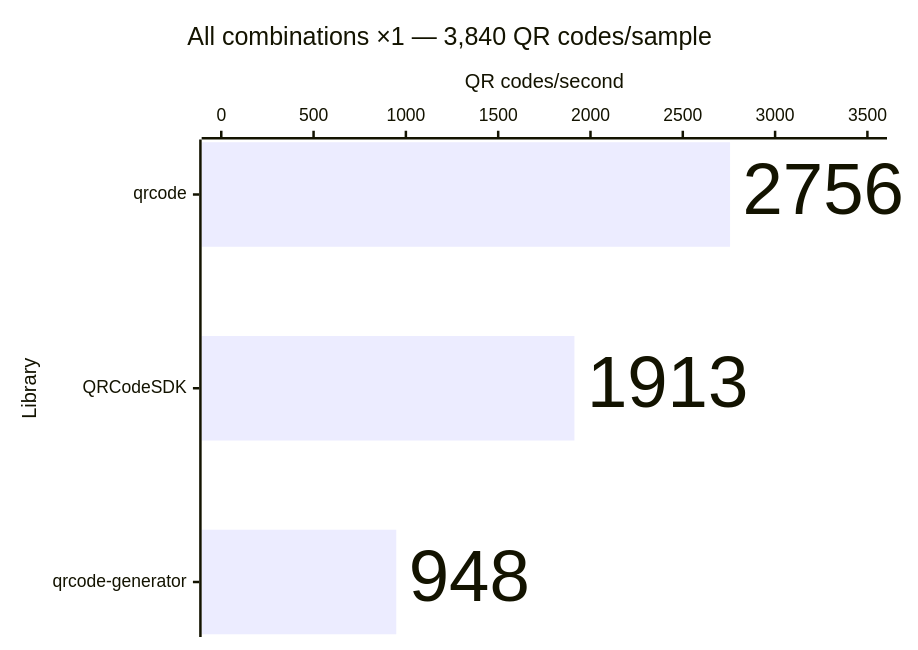
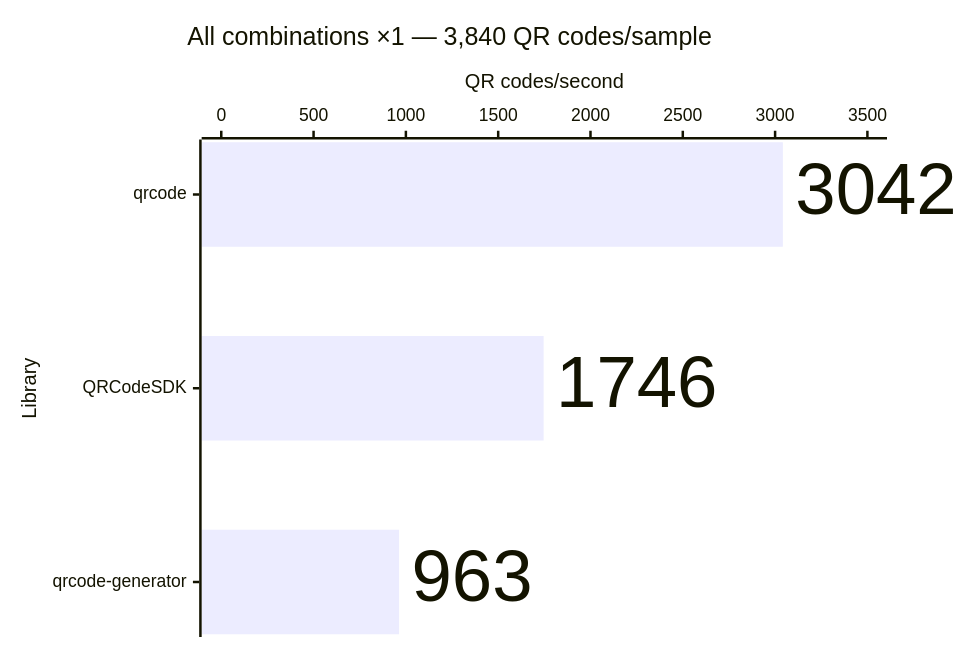
One commit to Dafnik/qrcodesdk changed diagram 11 of 14 in apps/docs/src/content/docs/learn/performance.md. Above: the diagram before and after it, drawn with Mermaid. The commit also changed other lines of this file and 381 other files, not shown here.

````diff
--- a/apps/docs/src/content/docs/learn/performance.md
+++ b/apps/docs/src/content/docs/learn/performance.md
@@ -230,15 +230,15 @@
 ```mermaid
 ---
 config:
   xyChart:
     showDataLabel: true
     showDataLabelOutsideBar: true
 ---
 xychart horizontal
   accTitle: SVG generation: All combinations ×1 — 3,840 QR codes/sample
-  accDescr: Throughput calculated from median time. qrcode 2,756 QR codes per second, QRCodeSDK 1,913 QR codes per second, qrcode-generator 948 QR codes per second. Higher is better.
+  accDescr: Throughput calculated from median time. qrcode 3,042 QR codes per second, QRCodeSDK 1,746 QR codes per second, qrcode-generator 963 QR codes per second. Higher is better.
   title "All combinations ×1 — 3,840 QR codes/sample"
   x-axis "Library" ["qrcode", "QRCodeSDK", "qrcode-generator"]
   y-axis "QR codes/second" 0 --> 3500
-  bar [2756, 1913, 948]
+  bar [3042, 1746, 963]
 ```
````
